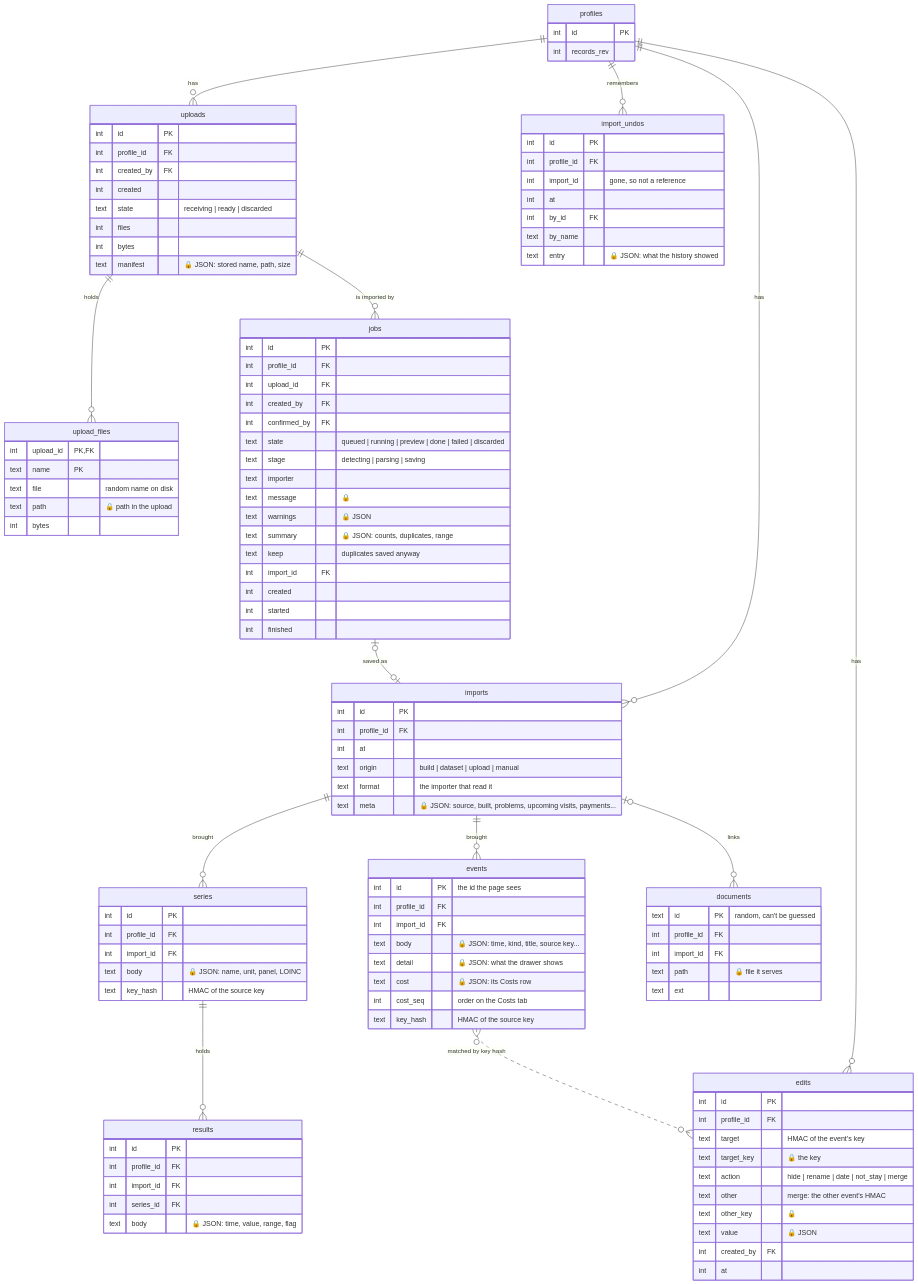
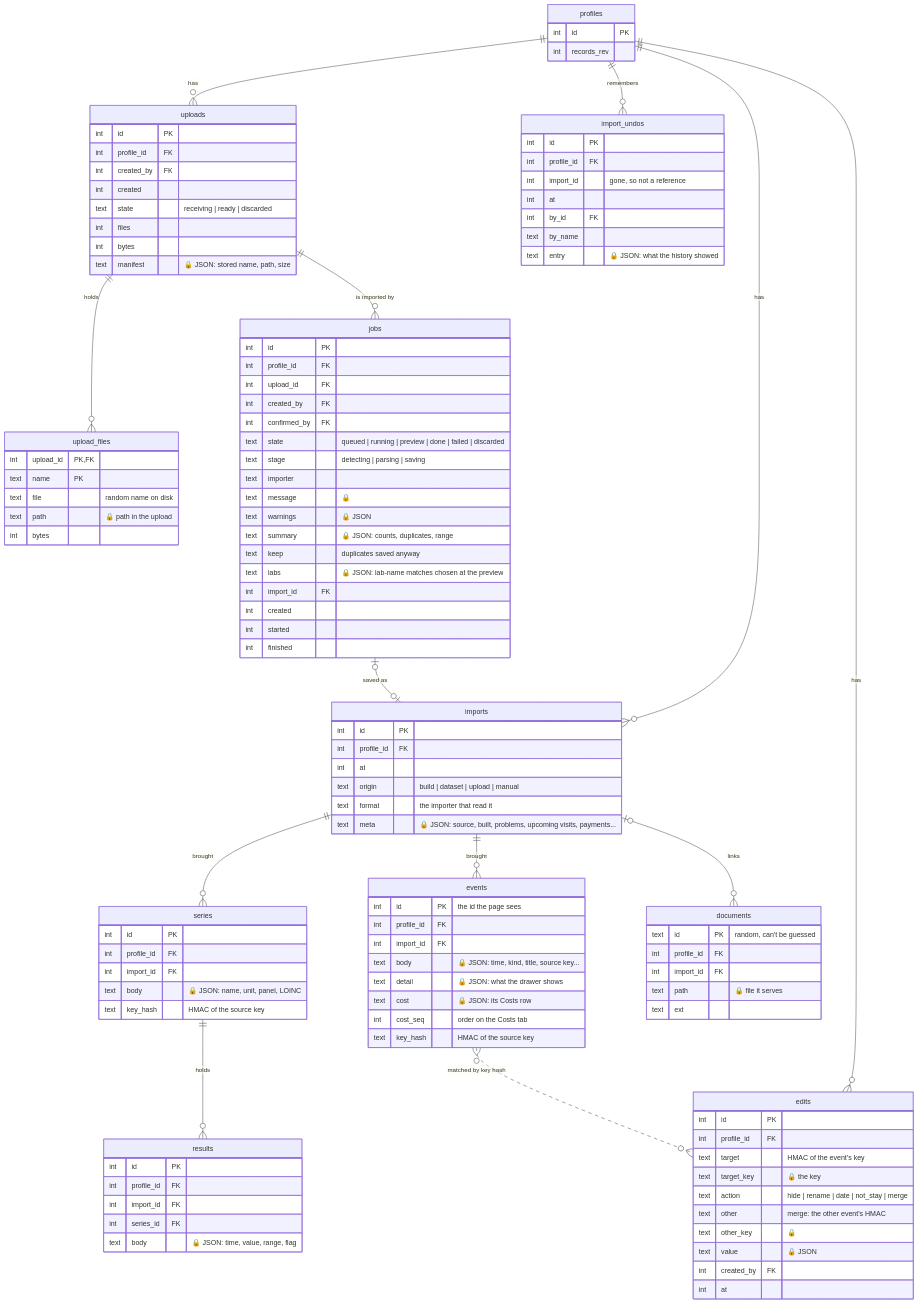
One commit to sanguity/sanguity changed the second of 3 diagrams in docs/database.md. Above: the diagram before and after it, drawn with Mermaid. The commit also changed other lines of this file, not shown here.

First line of the commit message:
Database design: schema 16, lab-name matches (#23)

```diff
--- a/docs/database.md
+++ b/docs/database.md
@@ -216,6 +216,7 @@
         text warnings "🔒 JSON"
         text summary "🔒 JSON: counts, duplicates, range"
         text keep "duplicates saved anyway"
+        text labs "🔒 JSON: lab-name matches chosen at the preview"
         int import_id FK
         int created
         int started
```
